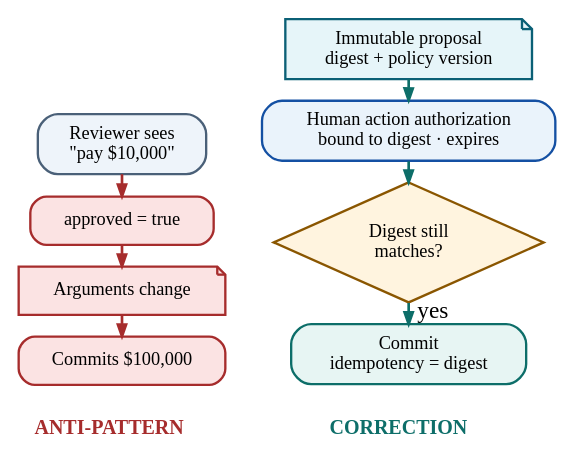
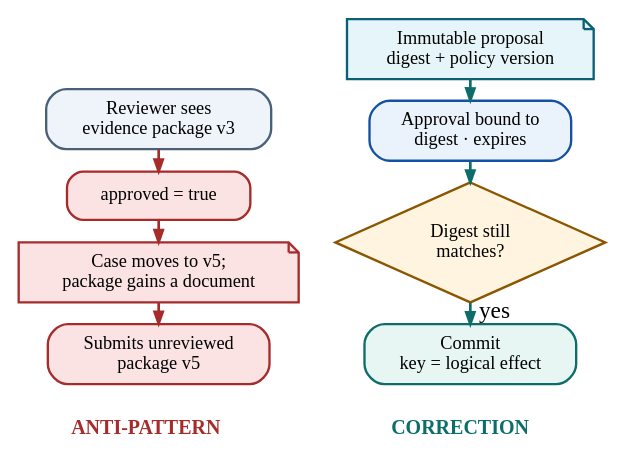
The diagram in assets/diagrams/src/anti-approval-binding.gv (rrahimi-uci/building-enterprise-general-intelligence), drawn with Graphviz before and after one commit. The commit also changed 37 other files, not shown here.

```diff
--- a/assets/diagrams/src/anti-approval-binding.gv
+++ b/assets/diagrams/src/anti-approval-binding.gv
@@ -1,42 +1,42 @@
-// Figure 17-4 — AP-06. Boolean consent versus proposal-bound human action authorization.
+// Figure 17-4 — AP-06. Boolean consent versus proposal-bound, expiring approval.
 // Message: the top path lets the payload change between consent and commit; the bottom path makes that change detectable.
 //
 // Layout: two labelled columns rather than two clusters. A top-level
 // `rank=same` naming nodes that live inside clusters makes dot drop the cluster
 // boxes entirely, so each panel is a rank=same group with its heading as a
 // plain node and its flow edges unconstrained. With rankdir=LR a rank becomes a
 // column, which is why this reads top-to-bottom within each panel. The heading
 // lands at the foot of its column -- dot orders within a rank by edge
 // structure, not by the order names are listed -- so it reads as a caption.
 // That is deliberate; do not spend time trying to move it.
 digraph anti_approval_binding {
   rankdir = LR
   graph [ranksep=0.30, nodesep=0.18]
   node [shape=box, style="filled,rounded", penwidth=1.4, fontsize=11,
         margin="0.13,0.08", height=0.40]
   edge [arrowsize=0.7, penwidth=1.6]
 
   bad  [shape=plaintext, style="", label=<<B><FONT COLOR="#A62C2C" POINT-SIZE="12">ANTI&#8209;PATTERN</FONT></B>>]
   good [shape=plaintext, style="", label=<<B><FONT COLOR="#0D6E69" POINT-SIZE="12">CORRECTION</FONT></B>>]
   bad -> good [style=invis]
 
 
-  b1 [label="Reviewer sees\n\"pay $10,000\"", shape=box, style="filled,rounded", fillcolor="#EEF4FA", color="#4A6078"]
+  b1 [label="Reviewer sees\nevidence package v3", shape=box, style="filled,rounded", fillcolor="#EEF4FA", color="#4A6078"]
   b2 [label="approved = true", shape=box, style="filled,rounded", fillcolor="#FBE3E3", color="#A62C2C"]
-  b3 [label="Arguments change", shape=note, style=filled, fillcolor="#FBE3E3", color="#A62C2C"]
-  b4 [label="Commits $100,000", shape=box, style="filled,rounded", fillcolor="#FBE3E3", color="#A62C2C"]
+  b3 [label="Case moves to v5;\npackage gains a document", shape=note, style=filled, fillcolor="#FBE3E3", color="#A62C2C"]
+  b4 [label="Submits unreviewed\npackage v5", shape=box, style="filled,rounded", fillcolor="#FBE3E3", color="#A62C2C"]
   g1 [label="Immutable proposal\ndigest + policy version", shape=note, style=filled, fillcolor="#E6F5F9", color="#0B6076"]
-  g2 [label="Human action authorization\nbound to digest · expires", shape=box, style="filled,rounded", fillcolor="#EAF3FB", color="#1450A3"]
+  g2 [label="Approval bound to\ndigest · expires", shape=box, style="filled,rounded", fillcolor="#EAF3FB", color="#1450A3"]
   g3 [label="Digest still\nmatches?", shape=diamond, style=filled, fillcolor="#FFF4DF", color="#8A5600", height=0.62]
-  g4 [label="Commit\nidempotency = digest", shape=box, style="filled,rounded", fillcolor="#E7F5F3", color="#0D6E69"]
+  g4 [label="Commit\nkey = logical effect", shape=box, style="filled,rounded", fillcolor="#E7F5F3", color="#0D6E69"]
 
   b1 -> b2 [color="#A62C2C", constraint=false]
   b2 -> b3 [color="#A62C2C", constraint=false]
   b3 -> b4 [color="#A62C2C", constraint=false]
   g1 -> g2 [color="#0D6E69", constraint=false]
   g2 -> g3 [color="#0D6E69", constraint=false]
   g3 -> g4 [color="#0D6E69", constraint=false, xlabel=" yes"]
 
   { rank=same; b1; b2; b3; b4; bad }
   { rank=same; g1; g2; g3; g4; good }
 }
```
